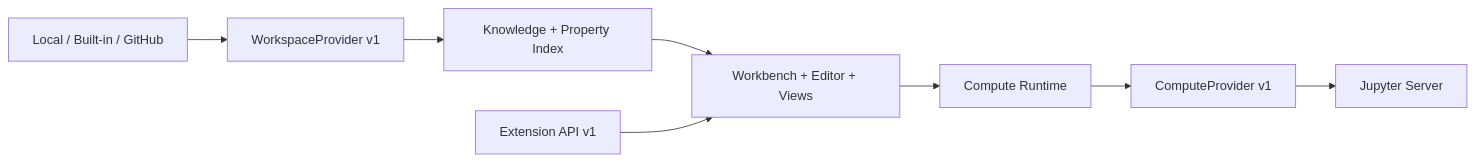
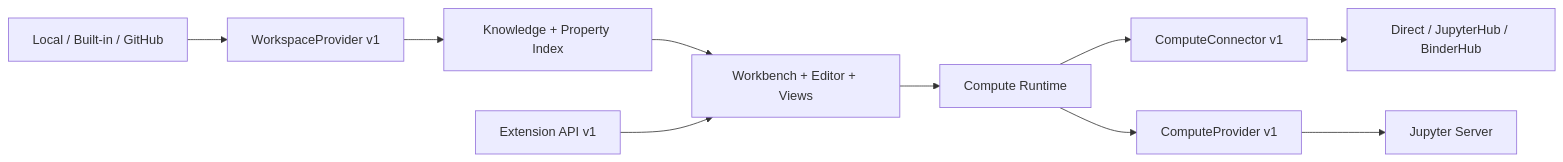
One commit to AaronChou313/tensornote changed the diagram in README.md. Above: the diagram before and after it, drawn with Mermaid. The commit also changed other lines of this file and 36 other files, not shown here.

Commit message:
feat: add remote compute connectors

````diff
--- a/README.md
+++ b/README.md
@@ -212,10 +213,12 @@
 ```mermaid
 flowchart LR
   Source["Local / Built-in / GitHub"] --> WP["WorkspaceProvider v1"]
   WP --> Index["Knowledge + Property Index"]
   Index --> Workbench["Workbench + Editor + Views"]
   Workbench --> Runtime["Compute Runtime"]
+  Runtime --> CC["ComputeConnector v1"]
+  CC --> Remote["Direct / JupyterHub / BinderHub"]
   Runtime --> CP["ComputeProvider v1"]
   CP --> Jupyter["Jupyter Server"]
   Extensions["Extension API v1"] --> Workbench
 ```
````
